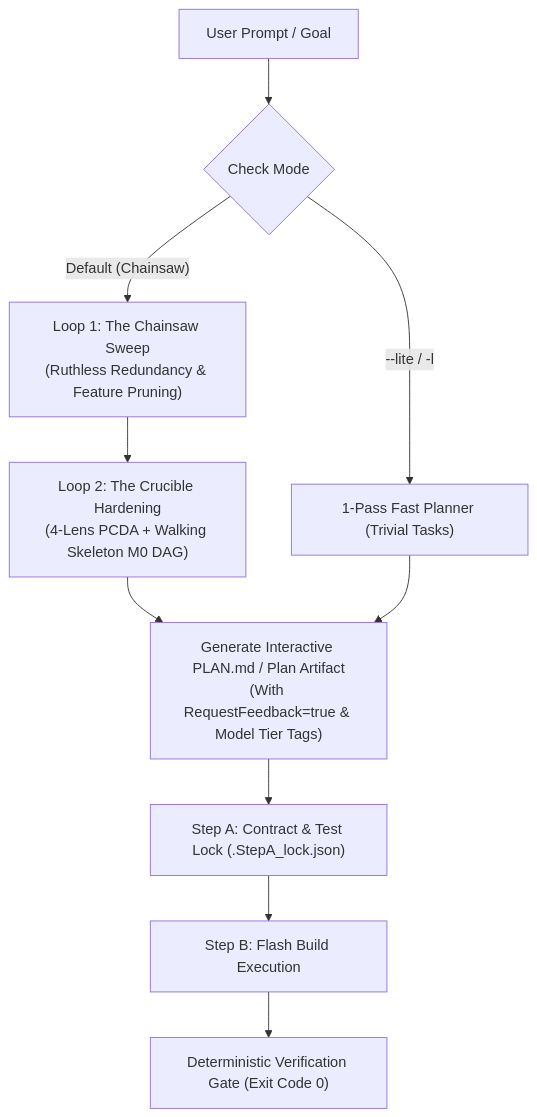
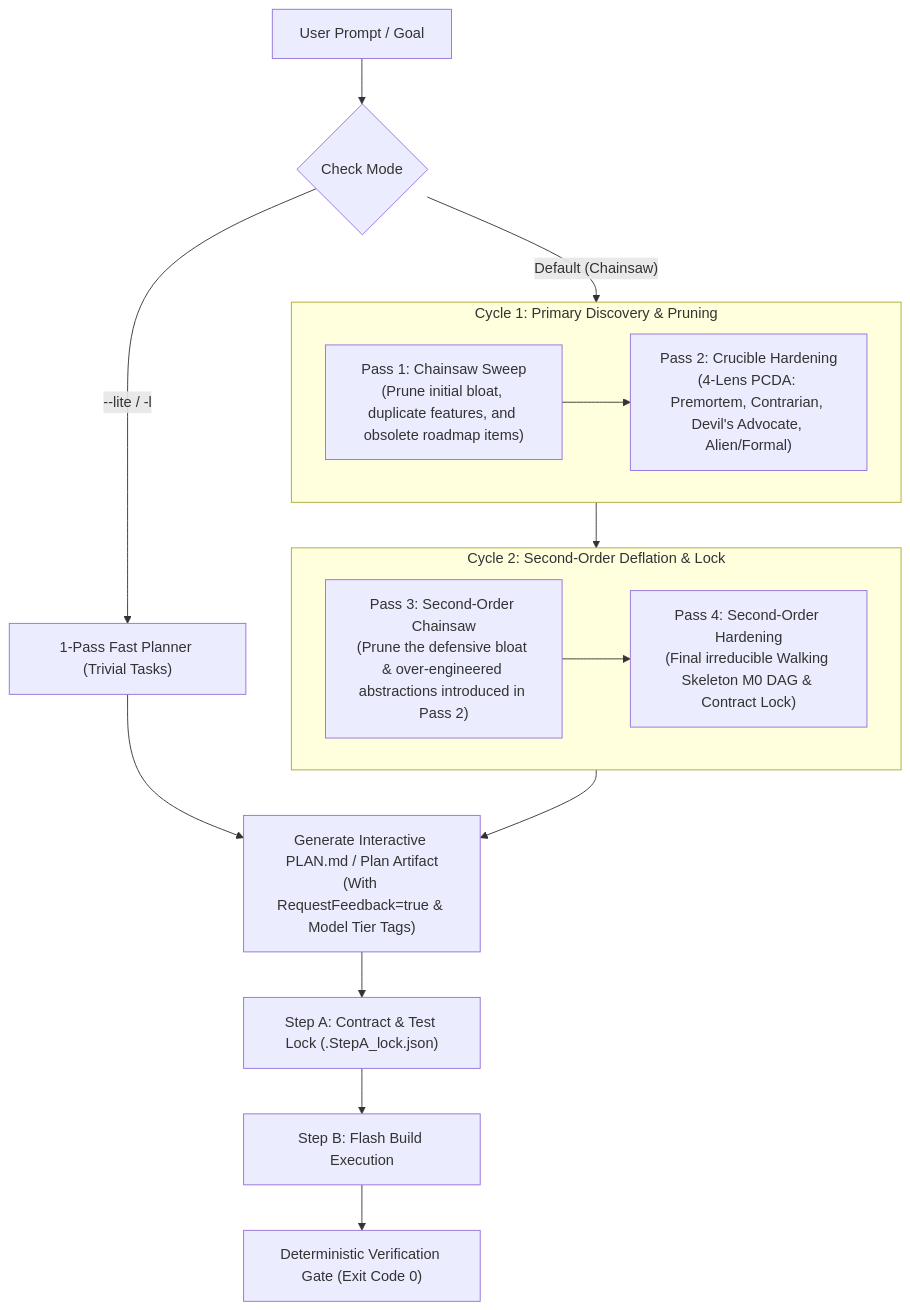
Before and after one commit to codygratner/TheKlangSuite: the diagram in .agents/skills/plan/SKILL.md, drawn with Mermaid. The commit also changed other lines of this file, not shown here.

Commit message:
feat(skills): upgrade default /plan to Dual-Cycle 4-Pass Chainsaw Crucible Engine

````diff
--- a/.agents/skills/plan/SKILL.md
+++ b/.agents/skills/plan/SKILL.md
@@ -18,16 +18,25 @@
 ```mermaid
 flowchart TD
     UserPrompt["User Prompt / Goal"] --> ModeCheck{"Check Mode"}
     
     ModeCheck -- "--lite / -l" --> LitePlan["1-Pass Fast Planner (Trivial Tasks)"]
-    ModeCheck -- "Default (Chainsaw)" --> Loop1["Loop 1: The Chainsaw Sweep\n(Ruthless Redundancy & Feature Pruning)"]
+    ModeCheck -- "Default (Chainsaw)" --> Cycle1
     
-    Loop1 --> Loop2["Loop 2: The Crucible Hardening\n(4-Lens PCDA + Walking Skeleton M0 DAG)"]
+    subgraph Cycle1 ["Cycle 1: Primary Discovery & Pruning"]
+        Pass1["Pass 1: Chainsaw Sweep\n(Prune initial bloat, duplicate features, and obsolete roadmap items)"] 
+        --> Pass2["Pass 2: Crucible Hardening\n(4-Lens PCDA: Premortem, Contrarian, Devil's Advocate, Alien/Formal)"]
+    end
     
-    Loop2 --> Artifact["Generate Interactive PLAN.md / Plan Artifact\n(With RequestFeedback=true & Model Tier Tags)"]
+    subgraph Cycle2 ["Cycle 2: Second-Order Deflation & Lock"]
+        Pass3["Pass 3: Second-Order Chainsaw\n(Prune the defensive bloat & over-engineered abstractions introduced in Pass 2)"] 
+        --> Pass4["Pass 4: Second-Order Hardening\n(Final irreducible Walking Skeleton M0 DAG & Contract Lock)"]
+    end
+    
+    Cycle1 --> Cycle2
+    Cycle2 --> Artifact["Generate Interactive PLAN.md / Plan Artifact\n(With RequestFeedback=true & Model Tier Tags)"]
     LitePlan --> Artifact
     
     Artifact --> StepA["Step A: Contract & Test Lock (.StepA_lock.json)"]
     StepA --> StepB["Step B: Flash Build Execution"]
     StepB --> Verify["Deterministic Verification Gate (Exit Code 0)"]
 ```
````
